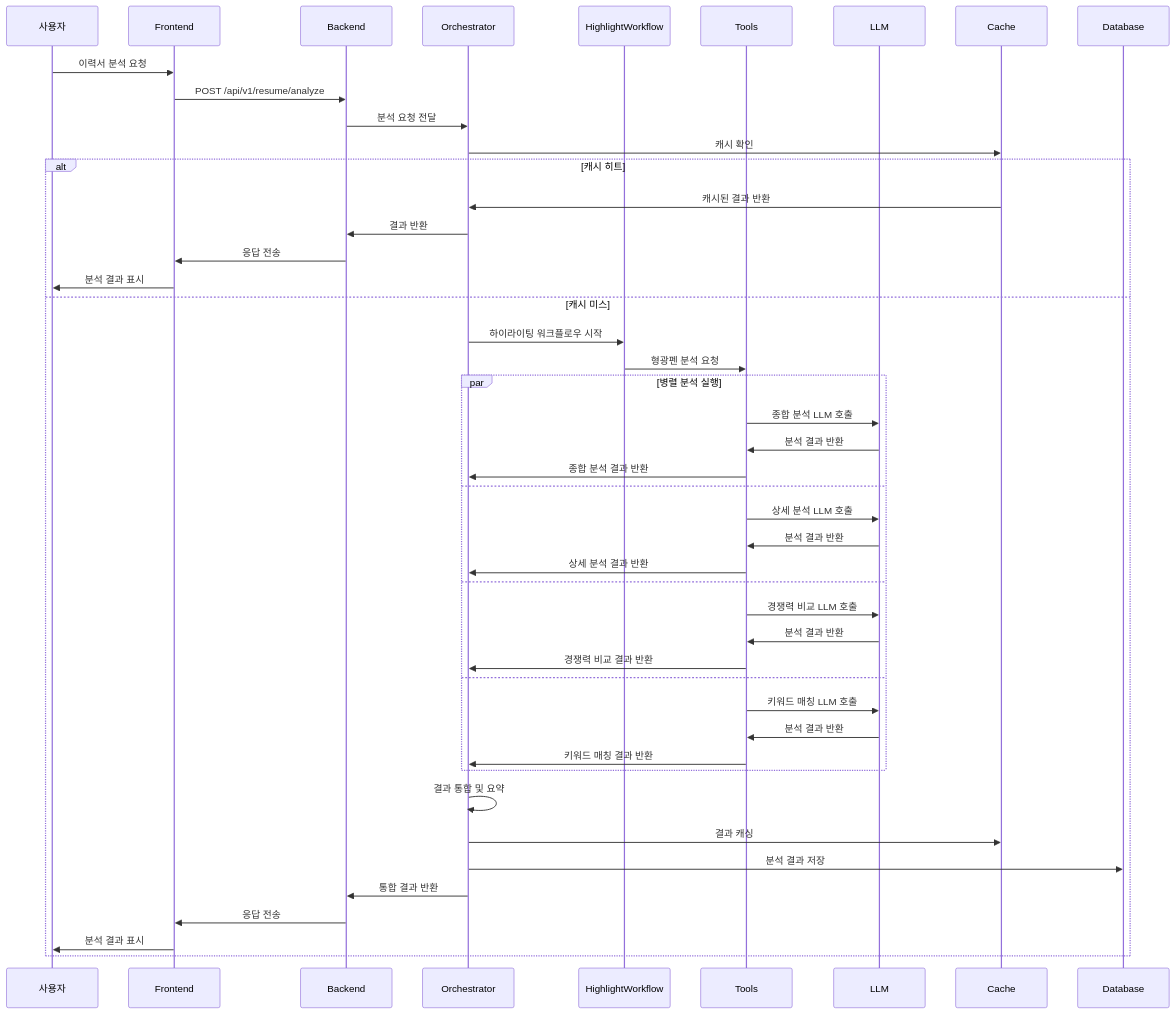
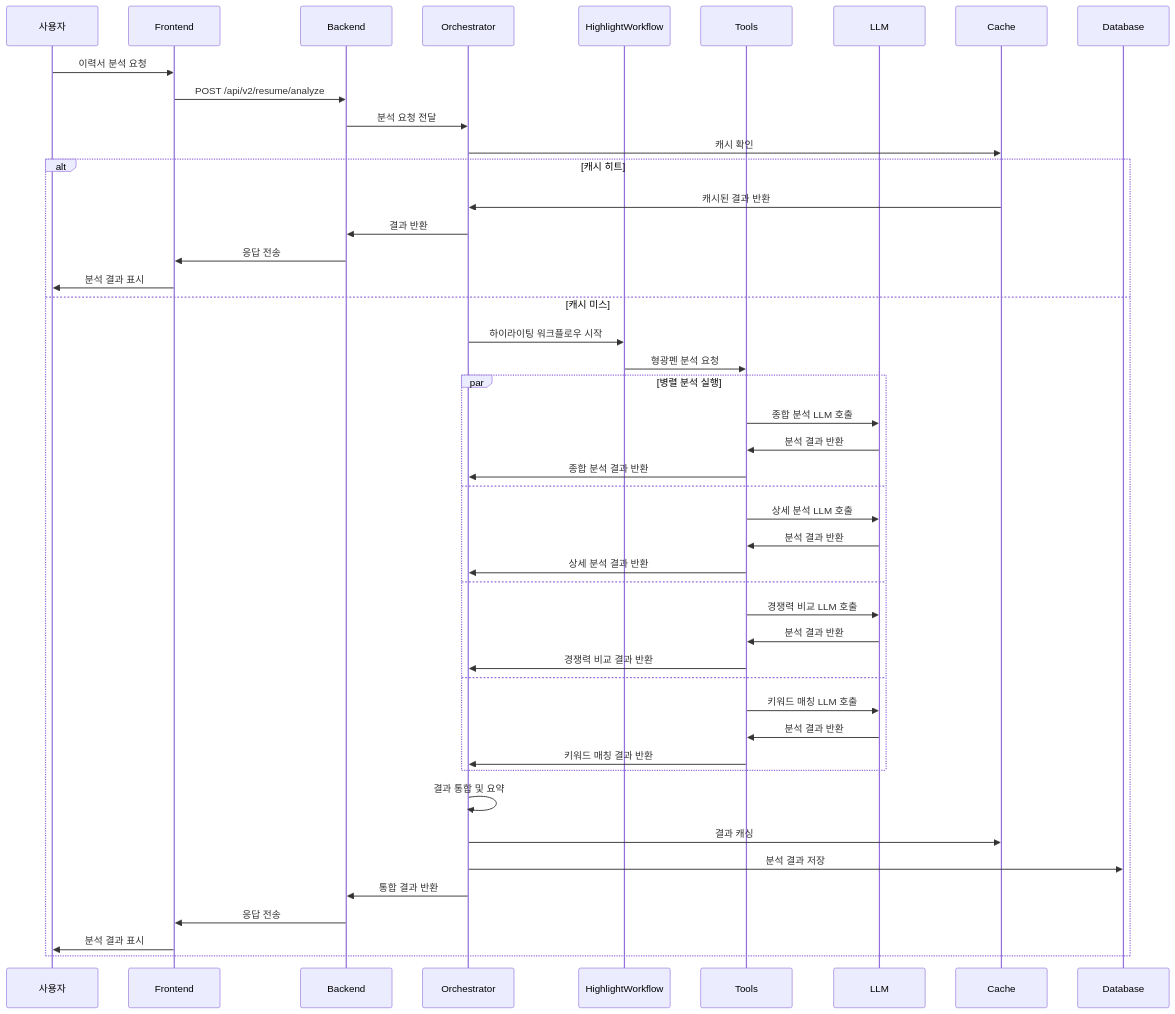
Before and after one commit to ttogle918/KOCRUIT: the second of 6 diagrams in docs/diagrams/architecture/ai-agent-workflow-architecture.md, drawn with Mermaid. The commit also changed 84 other files, not shown here.

Commit message:
refactor: Migrate to v2 architecture, fix import paths, and prepare for DB normalization

````diff
--- a/docs/diagrams/architecture/ai-agent-workflow-architecture.md
+++ b/docs/diagrams/architecture/ai-agent-workflow-architecture.md
@@ -90,52 +90,52 @@
 ```mermaid
 sequenceDiagram
     participant U as 사용자
     participant F as Frontend
     participant B as Backend
     participant O as Orchestrator
     participant W as HighlightWorkflow
     participant T as Tools
     participant L as LLM
     participant C as Cache
     participant D as Database
     
     U->>F: 이력서 분석 요청
-    F->>B: POST /api/v1/resume/analyze
+    F->>B: POST /api/v2/resume/analyze
     B->>O: 분석 요청 전달
     O->>C: 캐시 확인
     
     alt 캐시 히트
         C->>O: 캐시된 결과 반환
         O->>B: 결과 반환
         B->>F: 응답 전송
         F->>U: 분석 결과 표시
     else 캐시 미스
         O->>W: 하이라이팅 워크플로우 시작
         W->>T: 형광펜 분석 요청
         
         par 병렬 분석 실행
             T->>L: 종합 분석 LLM 호출
             L->>T: 분석 결과 반환
             T->>O: 종합 분석 결과 반환
         and
             T->>L: 상세 분석 LLM 호출
             L->>T: 분석 결과 반환
             T->>O: 상세 분석 결과 반환
         and
             T->>L: 경쟁력 비교 LLM 호출
             L->>T: 분석 결과 반환
             T->>O: 경쟁력 비교 결과 반환
         and
             T->>L: 키워드 매칭 LLM 호출
             L->>T: 분석 결과 반환
             T->>O: 키워드 매칭 결과 반환
         end
         
         O->>O: 결과 통합 및 요약
         O->>C: 결과 캐싱
         O->>D: 분석 결과 저장
         O->>B: 통합 결과 반환
         B->>F: 응답 전송
         F->>U: 분석 결과 표시
     end
 ```
````
